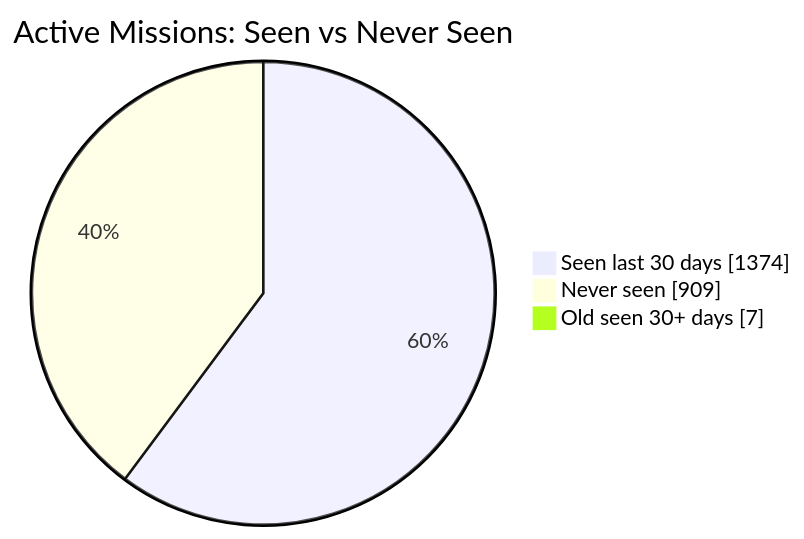
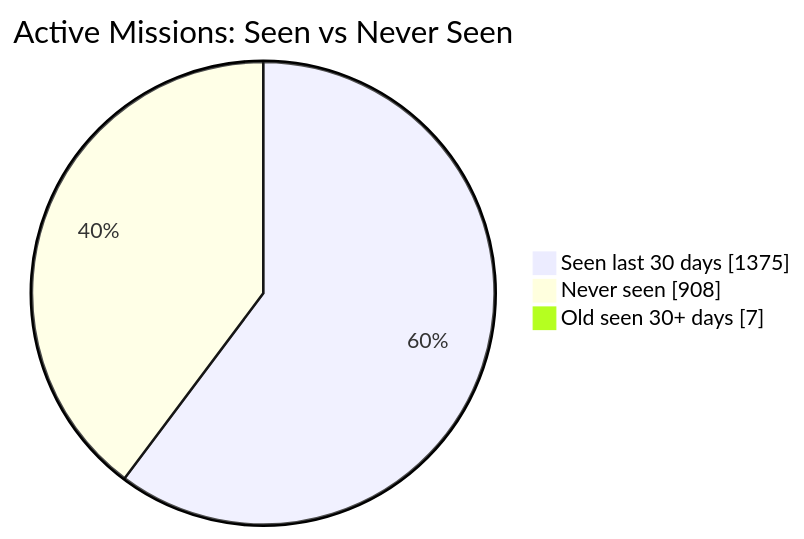
The first of 2 diagrams in README.md (MeldkamerspelGameTeam/active-missions), drawn with Mermaid before and after one commit. The commit also changed other lines of this file and 2 other files, not shown here.

````diff
--- a/README.md
+++ b/README.md
@@ -34,7 +34,7 @@
 ```mermaid
 pie showData
     title Active Missions: Seen vs Never Seen
-    "Seen last 30 days" : 1374
-    "Never seen" : 909
+    "Seen last 30 days" : 1375
+    "Never seen" : 908
     "Old seen 30+ days" : 7
 ```
````
